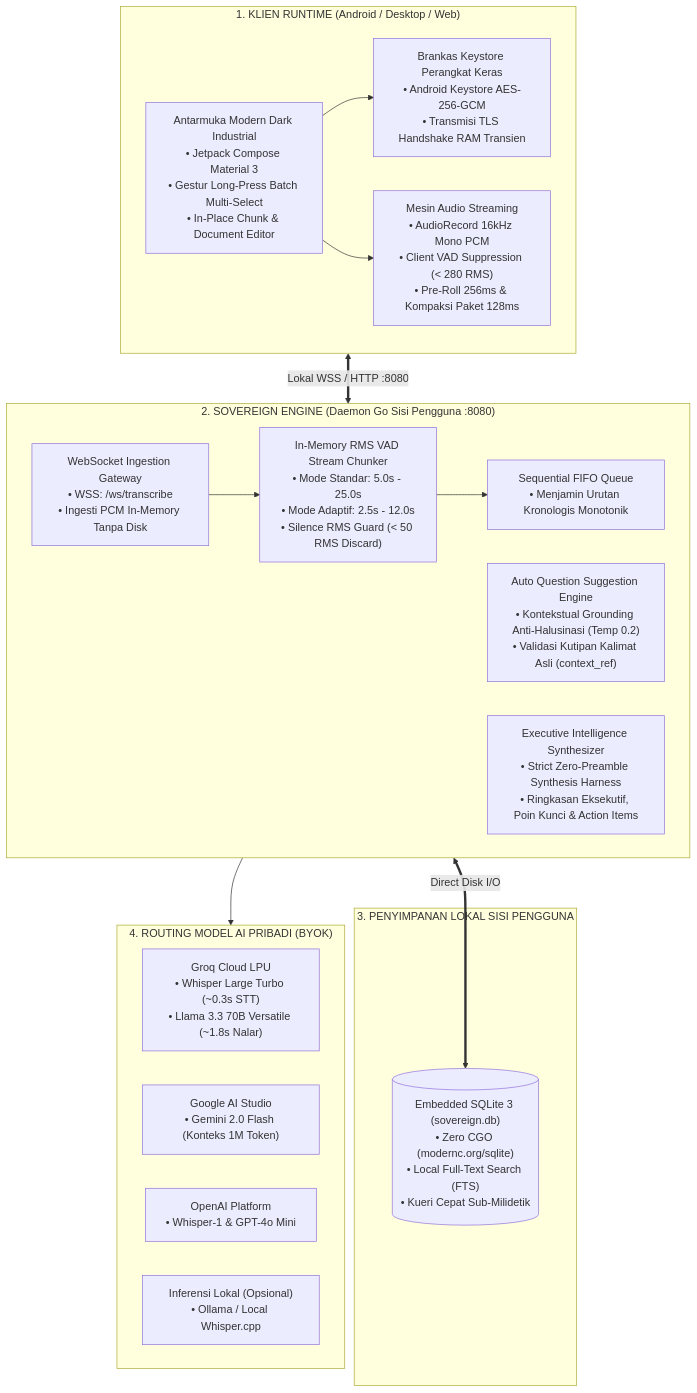
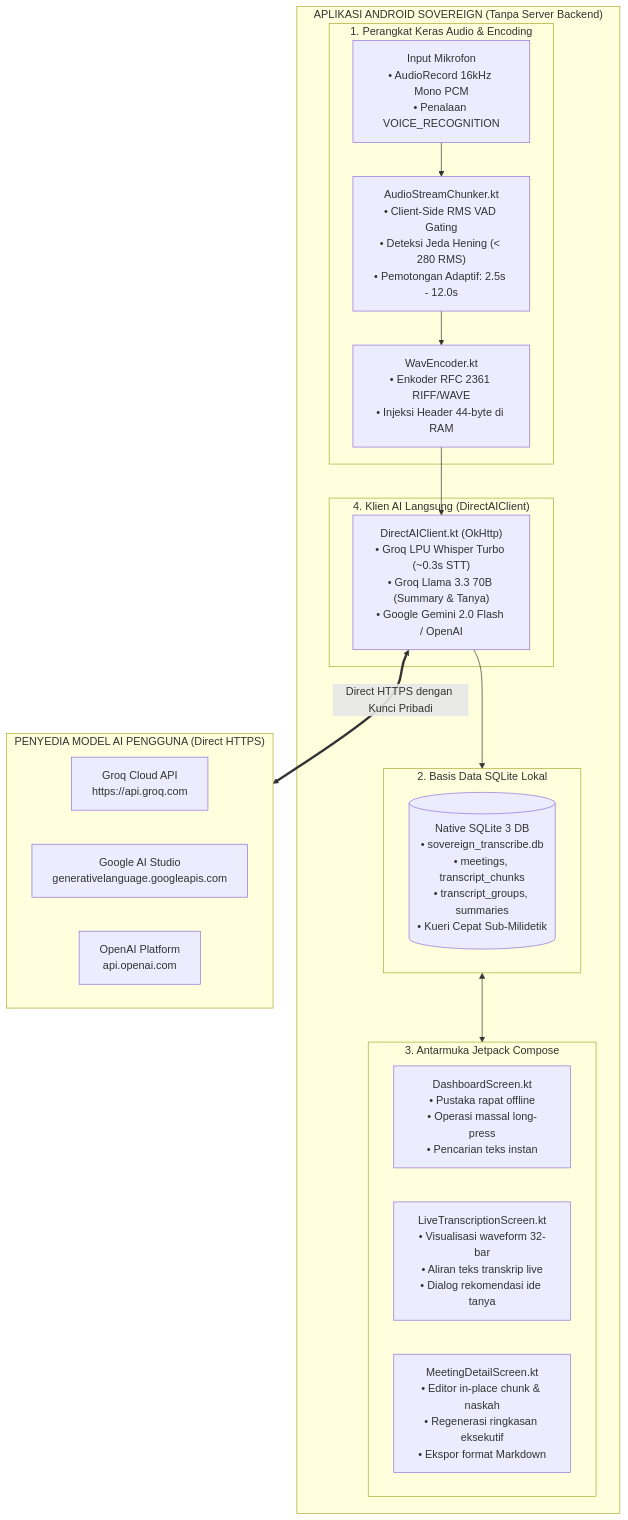
Before and after one commit to paperalt/sovereign: the diagram in README_ID.md, drawn with Mermaid. The commit also changed other lines of this file and 114 other files, not shown here.

Commit message:
feat: transform into pure standalone Android app — zero backend, 100% on-device SQLite storage, client-side WAV encoding & VAD, and direct HTTPS AI routing

````diff
--- a/README_ID.md
+++ b/README_ID.md
@@ -37,36 +36,37 @@
 ```mermaid
 flowchart TD
-    subgraph UserDevice["1. KLIEN RUNTIME (Android / Desktop / Web)"]
-        UI["Antarmuka Modern Dark Industrial<br/>• Jetpack Compose Material 3<br/>• Gestur Long-Press Batch Multi-Select<br/>• In-Place Chunk & Document Editor"]
-        Vault["Brankas Keystore Perangkat Keras<br/>• Android Keystore AES-256-GCM<br/>• Transmisi TLS Handshake RAM Transien"]
-        AudioPump["Mesin Audio Streaming<br/>• AudioRecord 16kHz Mono PCM<br/>• Client VAD Suppression (< 280 RMS)<br/>• Pre-Roll 256ms & Kompaksi Paket 128ms"]
-        UI --> Vault
-        UI --> AudioPump
+    subgraph AndroidApp["APLIKASI ANDROID SOVEREIGN (Tanpa Server Backend)"]
+        subgraph Hardware["1. Perangkat Keras Audio & Encoding"]
+            Mic["Input Mikrofon<br/>• AudioRecord 16kHz Mono PCM<br/>• Penalaan VOICE_RECOGNITION"]
+            Chunker["AudioStreamChunker.kt<br/>• Client-Side RMS VAD Gating<br/>• Deteksi Jeda Hening (< 280 RMS)<br/>• Pemotongan Adaptif: 2.5s - 12.0s"]
+            Encoder["WavEncoder.kt<br/>• Enkoder RFC 2361 RIFF/WAVE<br/>• Injeksi Header 44-byte di RAM"]
+            Mic --> Chunker --> Encoder
+        end
+
+        subgraph LocalStore["2. Basis Data SQLite Lokal"]
+            SQLite[("Native SQLite 3 DB<br/>• sovereign_transcribe.db<br/>• meetings, transcript_chunks<br/>• transcript_groups, summaries<br/>• Kueri Cepat Sub-Milidetik")]
+        end
+
+        subgraph UI["3. Antarmuka Jetpack Compose"]
+            Dashboard["DashboardScreen.kt<br/>• Pustaka rapat offline<br/>• Operasi massal long-press<br/>• Pencarian teks instan"]
+            Live["LiveTranscriptionScreen.kt<br/>• Visualisasi waveform 32-bar<br/>• Aliran teks transkrip live<br/>• Dialog rekomendasi ide tanya"]
+            Detail["MeetingDetailScreen.kt<br/>• Editor in-place chunk & naskah<br/>• Regenerasi ringkasan eksekutif<br/>• Ekspor format Markdown"]
+        end
+
+        subgraph DirectAI["4. Klien AI Langsung (DirectAIClient)"]
+            AIClient["DirectAIClient.kt (OkHttp)<br/>• Groq LPU Whisper Turbo (~0.3s STT)<br/>• Groq Llama 3.3 70B (Summary & Tanya)<br/>• Google Gemini 2.0 Flash / OpenAI"]
+        end
+
+        Encoder --> AIClient
+        AIClient --> LocalStore
+        LocalStore <--> UI
     end
 
-    subgraph LocalDaemon["2. SOVEREIGN ENGINE (Daemon Go Sisi Pengguna :8080)"]
-        WSGateway["WebSocket Ingestion Gateway<br/>• WSS: /ws/transcribe<br/>• Ingesti PCM In-Memory Tanpa Disk"]
-        Chunker["In-Memory RMS VAD Stream Chunker<br/>• Mode Standar: 5.0s - 25.0s<br/>• Mode Adaptif: 2.5s - 12.0s<br/>• Silence RMS Guard (< 50 RMS Discard)"]
-        FIFO["Sequential FIFO Queue<br/>• Menjamin Urutan Kronologis Monotonik"]
-        InquiryEngine["Auto Question Suggestion Engine<br/>• Kontekstual Grounding Anti-Halusinasi (Temp 0.2)<br/>• Validasi Kutipan Kalimat Asli (context_ref)"]
-        ExecutiveSummarizer["Executive Intelligence Synthesizer<br/>• Strict Zero-Preamble Synthesis Harness<br/>• Ringkasan Eksekutif, Poin Kunci & Action Items"]
-
-        WSGateway --> Chunker
-        Chunker --> FIFO
+    subgraph ExternalAPIs["PENYEDIA MODEL AI PENGGUNA (Direct HTTPS)"]
+        Groq["Groq Cloud API<br/>https://api.groq.com"]
+        Google["Google AI Studio<br/>generativelanguage.googleapis.com"]
+        OpenAI["OpenAI Platform<br/>api.openai.com"]
     end
 
-    subgraph UserStorage["3. PENYIMPANAN LOKAL SISI PENGGUNA"]
-        SQLite[("Embedded SQLite 3 (sovereign.db)<br/>• Zero CGO (modernc.org/sqlite)<br/>• Local Full-Text Search (FTS)<br/>• Kueri Cepat Sub-Milidetik")]
-    end
-
-    subgraph DirectAI["4. ROUTING MODEL AI PRIBADI (BYOK)"]
-        Groq["Groq Cloud LPU<br/>• Whisper Large Turbo (~0.3s STT)<br/>• Llama 3.3 70B Versatile (~1.8s Nalar)"]
-        Gemini["Google AI Studio<br/>• Gemini 2.0 Flash (Konteks 1M Token)"]
-        OpenAI["OpenAI Platform<br/>• Whisper-1 & GPT-4o Mini"]
-        LocalModel["Inferensi Lokal (Opsional)<br/>• Ollama / Local Whisper.cpp"]
-    end
-
-    UserDevice <==> |Lokal WSS / HTTP :8080| LocalDaemon
-    LocalDaemon <==> |Direct Disk I/O| SQLite
-    LocalDaemon --> DirectAI
+    AIClient <==> |Direct HTTPS dengan Kunci Pribadi| ExternalAPIs
 ```
````
